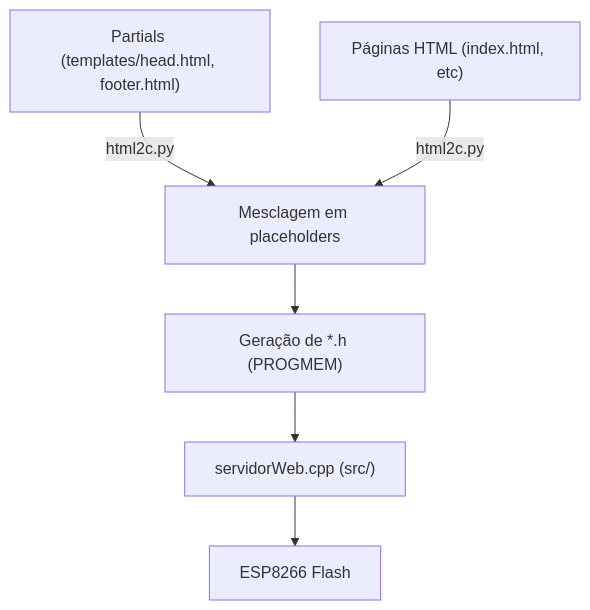
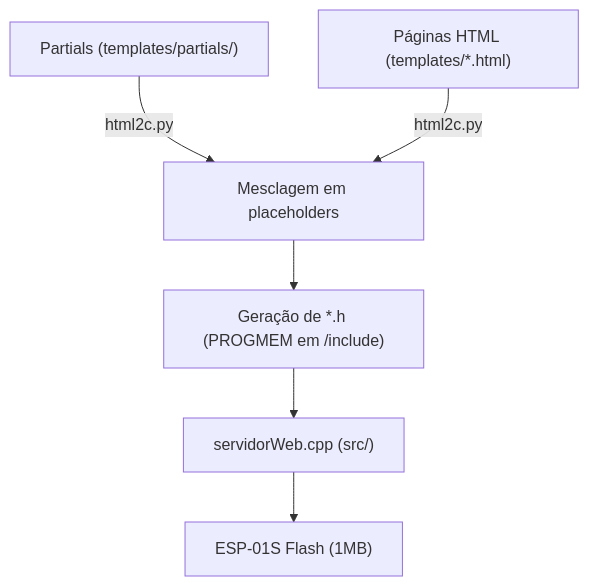
The diagram in include/README.md (profRonaldoIFPI/IrrigaSolo_ESP01s), drawn with Mermaid before and after one commit. The commit also changed other lines of this file and 2 other files, not shown here.

Commit message:
feat: define pinagem de hardware para ESP-01S (GPIO 0 rele, GPIO 2 LED) e remove pinos de fluxo

````diff
--- a/include/README.md
+++ b/include/README.md
@@ -33,8 +26,8 @@
 ```mermaid
 flowchart TD
-    Partials["Partials (templates/head.html, footer.html)"] -->|html2c.py| Merge["Mesclagem em placeholders"]
-    HTML["Páginas HTML (index.html, etc)"] -->|html2c.py| Merge
-    Merge --> H["Geração de *.h (PROGMEM)"]
+    Partials["Partials (templates/partials/)"] -->|html2c.py| Merge["Mesclagem em placeholders"]
+    HTML["Páginas HTML (templates/*.html)"] -->|html2c.py| Merge
+    Merge --> H["Geração de *.h (PROGMEM em /include)"]
     H --> SRC["servidorWeb.cpp (src/)"]
-    SRC --> ESP["ESP8266 Flash"]
+    SRC --> ESP["ESP-01S Flash (1MB)"]
 ```
````
